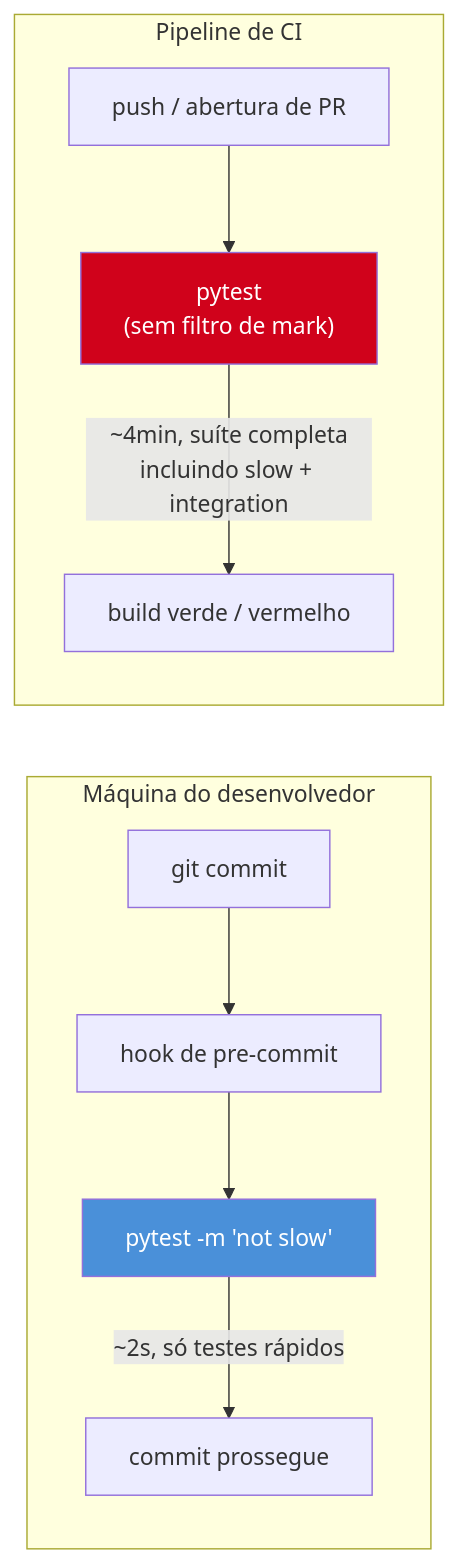
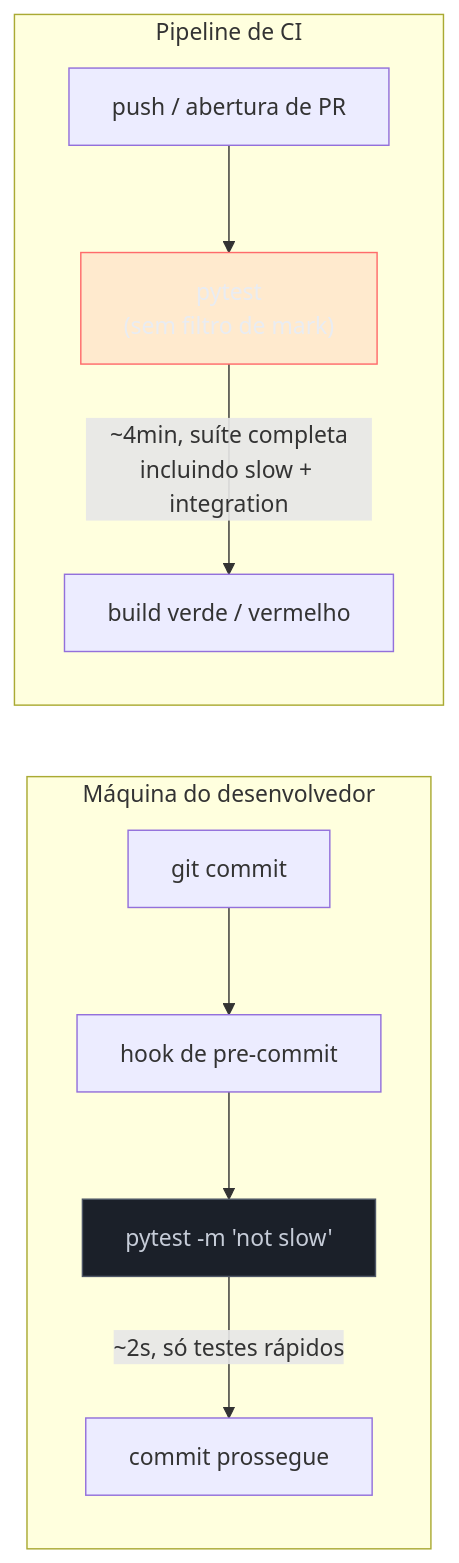
Before and after one commit to josenaldo/codex-technomanticus: the first of 2 diagrams in 03-Dominios/Tecnologia/Python/Testes/03 - Parametrização e organização de suíte.md, drawn with Mermaid. The commit also changed other lines of this file and 1181 other files, not shown here.

First line of the commit message:
fix(diagramas): paleta do sistema no lugar de cor cravada no markdown

````diff
--- a/03-Dominios/Tecnologia/Python/Testes/03 - Parametrização e organização de suíte.md
+++ b/03-Dominios/Tecnologia/Python/Testes/03 - Parametrização e organização de suíte.md
@@ -307,16 +307,18 @@
 ```mermaid
 flowchart LR
+    classDef neutro fill:#1B2029,stroke:#4E5666,color:#C6CCD8
+    classDef falha fill:#FF6B6B24,stroke:#FF6B6B,color:#E9ECF2
     subgraph Local["Máquina do desenvolvedor"]
         C["git commit"] --> H["hook de pre-commit"]
         H --> P1["pytest -m 'not slow'"]
         P1 -->|"~2s, só testes rápidos"| OK1["commit prossegue"]
     end
 
     subgraph CI["Pipeline de CI"]
         PR["push / abertura de PR"] --> P2["pytest<br/>(sem filtro de mark)"]
         P2 -->|"~4min, suíte completa<br/>incluindo slow + integration"| OK2["build verde / vermelho"]
     end
 
-    style P1 fill:#4A90D9,color:#fff
-    style P2 fill:#D0021B,color:#fff
+    class P1 neutro
+    class P2 falha
 ```
````
